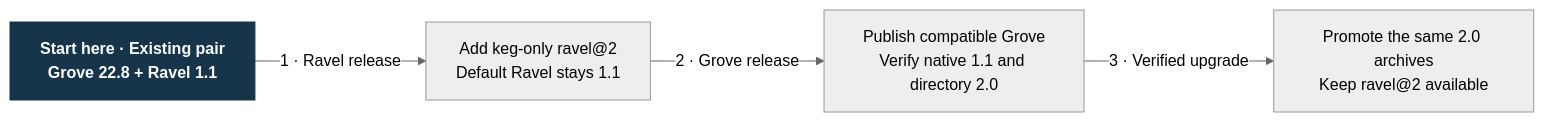
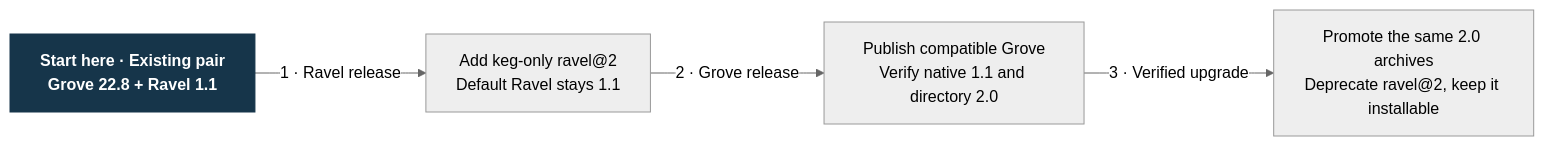
Before and after one commit to Linkuistics/grove: the diagram in docs/design/harness-selection-and-execution/release-tap.mmd, drawn with Mermaid (neutral theme). The commit also changed 9 other files, not shown here.

```diff
--- a/docs/design/harness-selection-and-execution/release-tap.mmd
+++ b/docs/design/harness-selection-and-execution/release-tap.mmd
@@ -1,10 +1,10 @@
 flowchart LR
     A["Start here · Existing pair<br/>Grove 22.8 + Ravel 1.1"]
     B["Add keg-only ravel@2<br/>Default Ravel stays 1.1"]
     C["Publish compatible Grove<br/>Verify native 1.1 and directory 2.0"]
-    D["Promote the same 2.0 archives<br/>Keep ravel@2 available"]
+    D["Promote the same 2.0 archives<br/>Deprecate ravel@2, keep it installable"]
     A -->|"1 · Ravel release"| B
     B -->|"2 · Grove release"| C
     C -->|"3 · Verified upgrade"| D
     classDef start fill:#16354a,color:#fff,stroke:#16354a,font-weight:bold
     class A start
```
